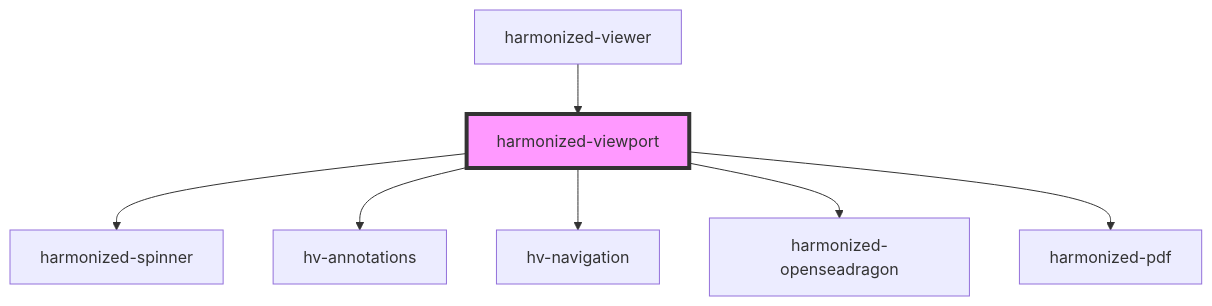
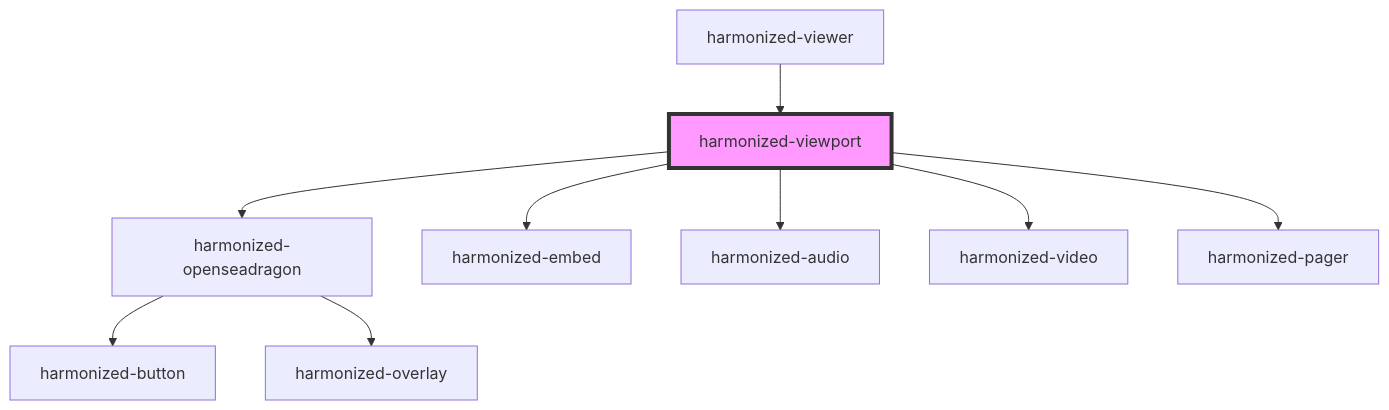
The diagram in src/components/viewport-component/readme.md (bac-lac/lac-harmonized-viewer), drawn with Mermaid before and after one commit. The commit also changed other lines of this file and 17 other files, not shown here.

````diff
--- a/src/components/viewport-component/readme.md
+++ b/src/components/viewport-component/readme.md
@@ -32,10 +30,12 @@
 ```mermaid
 graph TD;
-  harmonized-viewport --> harmonized-spinner
-  harmonized-viewport --> hv-annotations
-  harmonized-viewport --> hv-navigation
   harmonized-viewport --> harmonized-openseadragon
-  harmonized-viewport --> harmonized-pdf
+  harmonized-viewport --> harmonized-embed
+  harmonized-viewport --> harmonized-audio
+  harmonized-viewport --> harmonized-video
+  harmonized-viewport --> harmonized-pager
+  harmonized-openseadragon --> harmonized-button
+  harmonized-openseadragon --> harmonized-overlay
   harmonized-viewer --> harmonized-viewport
   style harmonized-viewport fill:#f9f,stroke:#333,stroke-width:4px
 ```
````
